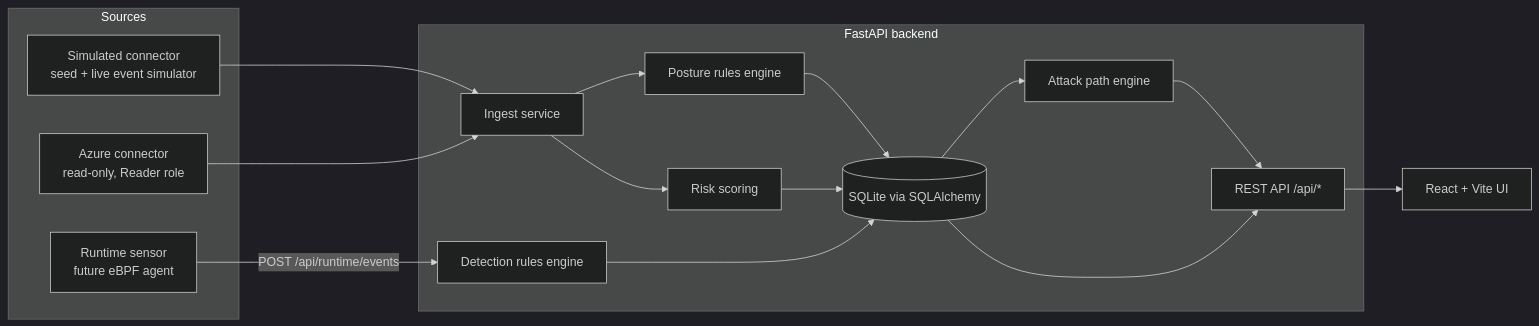
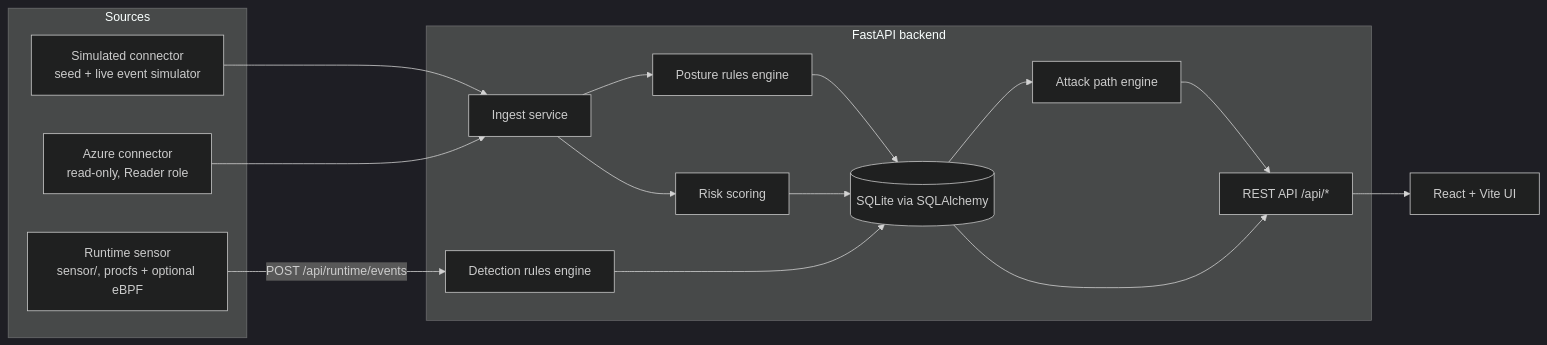
One commit to Amechi-demigod/CloudSecurity changed the diagram in README.md. Above: the diagram before and after it, drawn with Mermaid (dark theme). The commit also changed other lines of this file and 8 other files, not shown here.

First line of the commit message:
Add CI, dependabot, optional sensor compose service, UI source tags, nginx hardening

````diff
--- a/README.md
+++ b/README.md
@@ -17,28 +17,28 @@
 ```mermaid
 flowchart LR
   subgraph Sources
     SIM[Simulated connector<br/>seed + live event simulator]
     AZ[Azure connector<br/>read-only, Reader role]
-    SENSOR[Runtime sensor<br/>future eBPF agent]
+    SENSOR[Runtime sensor<br/>sensor/, procfs + optional eBPF]
   end
   subgraph Backend [FastAPI backend]
     ING[Ingest service]
     PR[Posture rules engine]
     DR[Detection rules engine]
     RS[Risk scoring]
     AP[Attack path engine]
     DB[(SQLite via SQLAlchemy)]
     API[REST API /api/*]
   end
   UI[React + Vite UI]
 
   SIM --> ING
   AZ --> ING
   SENSOR -- POST /api/runtime/events --> DR
   ING --> PR --> DB
   ING --> RS --> DB
   DR --> DB
   DB --> AP --> API
   DB --> API
   API --> UI
 ```
````
